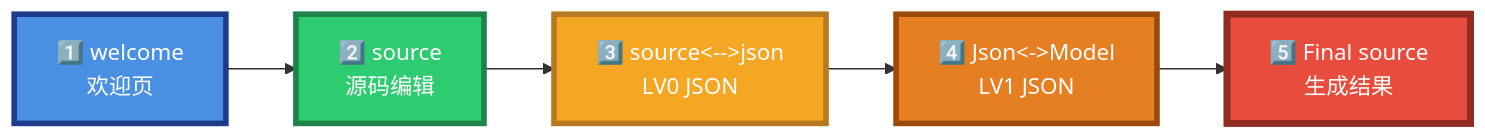
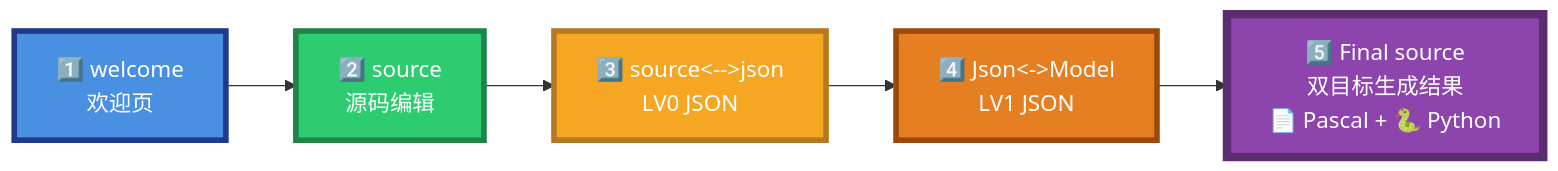
Before and after one commit to PassByYou888/LingoFuse-pasAgent: diagram 11 of 46 in code_generate_mcp.md, drawn with Mermaid. The commit also changed other lines of this file, not shown here.

````diff
--- a/code_generate_mcp.md
+++ b/code_generate_mcp.md
@@ -154,13 +460,13 @@
 ```mermaid
 flowchart LR
     T1["1️⃣ welcome<br/>欢迎页"] --> T2["2️⃣ source<br/>源码编辑"]
     T2 --> T3["3️⃣ source<-->json<br/>LV0 JSON"]
     T3 --> T4["4️⃣ Json<->Model<br/>LV1 JSON"]
-    T4 --> T5["5️⃣ Final source<br/>生成结果"]
+    T4 --> T5["5️⃣ Final source<br/>双目标生成结果<br/>📄 Pascal + 🐍 Python"]
 
     style T1 fill:#4A90E2,stroke:#1E3A8A,stroke-width:4px,color:#FFFFFF
     style T2 fill:#2ECC71,stroke:#1E8449,stroke-width:4px,color:#FFFFFF
     style T3 fill:#F5A623,stroke:#B7791F,stroke-width:4px,color:#FFFFFF
     style T4 fill:#E67E22,stroke:#9C4A0C,stroke-width:4px,color:#FFFFFF
-    style T5 fill:#E74C3C,stroke:#922B21,stroke-width:5px,color:#FFFFFF
+    style T5 fill:#8E44AD,stroke:#5B2C6F,stroke-width:6px,color:#FFFFFF
 ```
````
